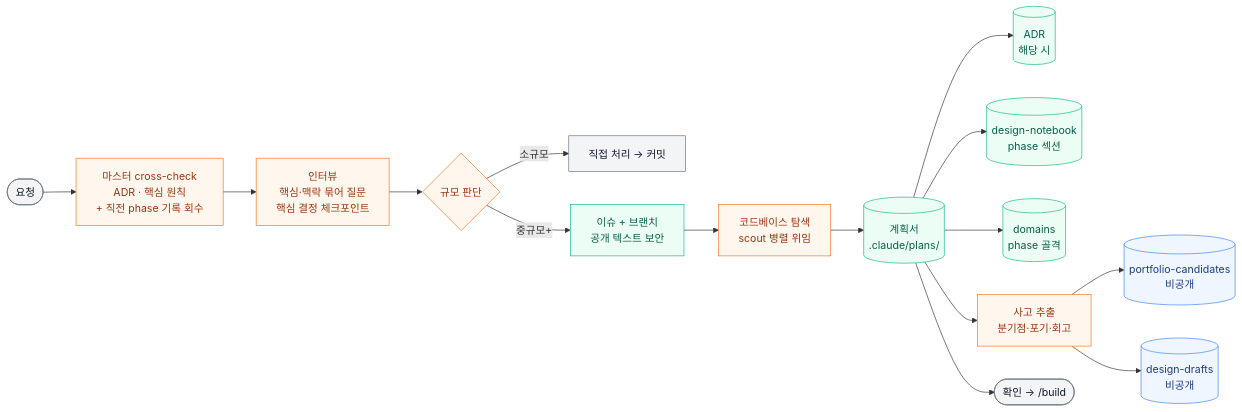
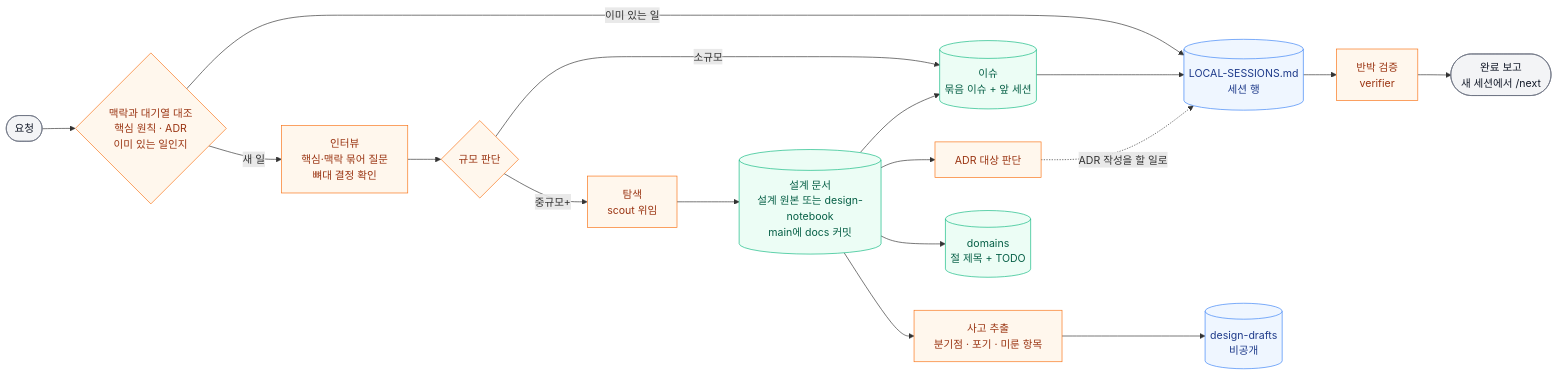
Before and after one commit to hyewon3938/build-with-ai: the second of 6 diagrams in workflow/skills-overview.md, drawn with Mermaid. The commit also changed other lines of this file and 3 other files, not shown here.

````diff
--- a/workflow/skills-overview.md
+++ b/workflow/skills-overview.md
@@ -40,27 +51,29 @@
 ```mermaid
 graph LR
-    Q([요청]) --> CC[마스터 cross-check<br/>ADR · 핵심 원칙<br/>+ 직전 phase 기록 회수]
-    CC --> I[인터뷰<br/>핵심·맥락 묶어 질문<br/>핵심 결정 체크포인트]
-    I --> S{규모 판단}
-    S -->|소규모| D[직접 처리 → 커밋]
-    S -->|중규모+| GH[이슈 + 브랜치<br/>공개 텍스트 보안]
-    GH --> EX[코드베이스 탐색<br/>scout 병렬 위임]
-    EX --> P[(계획서<br/>.claude/plans/)]
-    P --> ADR[(ADR<br/>해당 시)]
-    P --> DN[(design-notebook<br/>phase 섹션)]
-    P --> DOM[(domains<br/>phase 골격)]
-    P --> TE[사고 추출<br/>분기점·포기·회고]
-    TE --> PC[(portfolio-candidates<br/>비공개)]
-    TE --> DD[(design-drafts<br/>비공개)]
-    P --> CF([확인 → /build])
+    Q(["요청"]) --> CX{"맥락과 대기열 대조<br/>핵심 원칙 · ADR<br/>이미 있는 일인지"}
+    CX -->|이미 있는 일| QU
+    CX -->|새 일| I["인터뷰<br/>핵심·맥락 묶어 질문<br/>뼈대 결정 확인"]
+    I --> S{"규모 판단"}
+    S -->|소규모| IS
+    S -->|중규모+| EX["탐색<br/>scout 위임"]
+    EX --> DOC[("설계 문서<br/>설계 원본 또는 design-notebook<br/>main에 docs 커밋")]
+    DOC --> TE["사고 추출<br/>분기점 · 포기 · 미룬 항목"]
+    DOC --> ADJ["ADR 대상 판단"]
+    DOC --> DOM[("domains<br/>절 제목 + TODO")]
+    TE --> DD[("design-drafts<br/>비공개")]
+    DOC --> IS[("이슈<br/>묶음 이슈 + 앞 세션")]
+    IS --> QU[("LOCAL-SESSIONS.md<br/>세션 행")]
+    ADJ -.ADR 작성을 할 일로.-> QU
+    QU --> V["반박 검증<br/>verifier"]
+    V --> CF(["완료 보고<br/>새 세션에서 /next"])
 
     classDef io fill:#f3f4f6,stroke:#6b7280,color:#111827
     classDef judge fill:#fff7ed,stroke:#f97316,color:#9a3412
     classDef public fill:#ecfdf5,stroke:#10b981,color:#065f46
     classDef private fill:#eff6ff,stroke:#3b82f6,color:#1e3a8a
 
-    class Q,CF,D io
-    class CC,I,S,TE,EX judge
-    class P,ADR,DN,DOM,GH public
-    class PC,DD private
+    class Q,CF io
+    class CX,I,S,EX,TE,ADJ,V judge
+    class DOC,DOM,IS public
+    class DD,QU private
 ```
````
